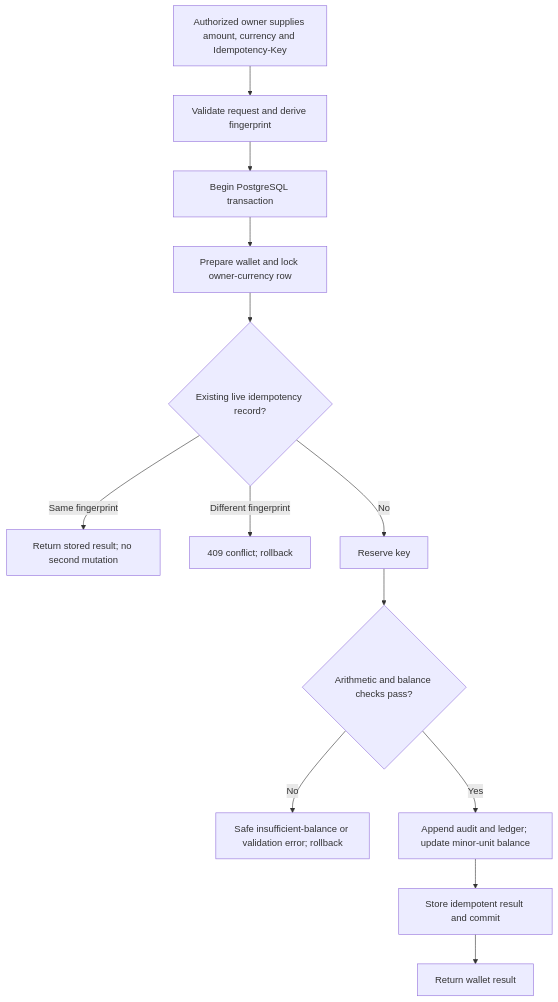
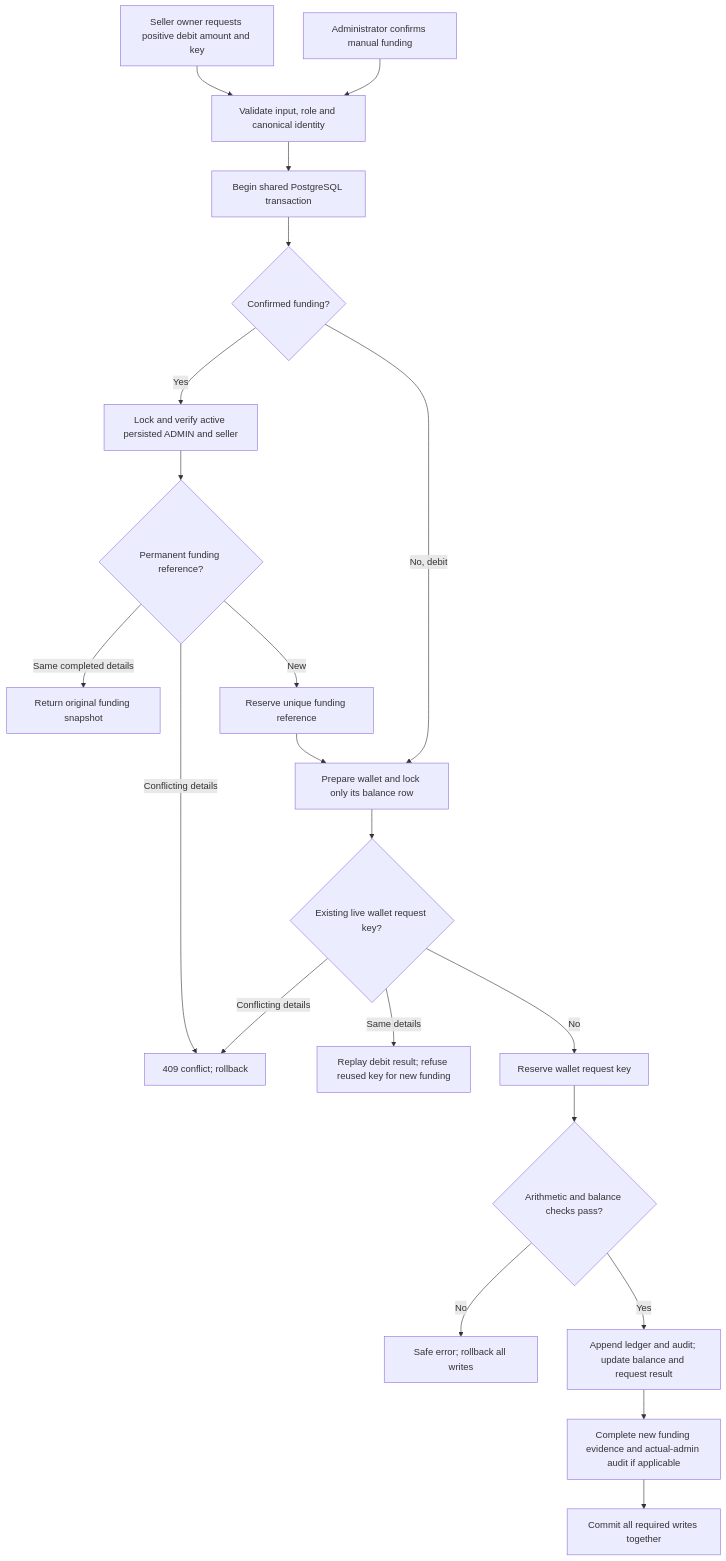
One commit to younessFathi/auto-parto changed diagram 11 of 32 in docs/technical-workflows.md. Above: the diagram before and after it, drawn with Mermaid. The commit also changed other lines of this file and 29 other files, not shown here.

Commit message:
fix(ap-0050): require confirmed administrator wallet funding

````diff
--- a/docs/technical-workflows.md
+++ b/docs/technical-workflows.md
@@ -300,15 +300,23 @@
 ```mermaid
 flowchart TD
-    REQUEST["Authorized owner supplies amount, currency and Idempotency-Key"] --> VALIDATE["Validate request and derive fingerprint"]
-    VALIDATE --> TX["Begin PostgreSQL transaction"]
-    TX --> LOCK["Prepare wallet and lock owner-currency row"]
-    LOCK --> KEY{"Existing live idempotency record?"}
-    KEY -->|Same fingerprint| REPLAY["Return stored result; no second mutation"]
-    KEY -->|Different fingerprint| CONFLICT["409 conflict; rollback"]
-    KEY -->|No| RESERVE["Reserve key"]
+    REQUEST["Seller owner requests positive debit amount and key"] --> VALIDATE["Validate input, role and canonical identity"]
+    ADMIN["Administrator confirms manual funding"] --> VALIDATE
+    VALIDATE --> TX["Begin shared PostgreSQL transaction"]
+    TX --> KIND{"Confirmed funding?"}
+    KIND -->|Yes| IDENTITIES["Lock and verify active persisted ADMIN and seller"]
+    IDENTITIES --> REFERENCE{"Permanent funding reference?"}
+    REFERENCE -->|Same completed details| FUNDREPLAY["Return original funding snapshot"]
+    REFERENCE -->|Conflicting details| CONFLICT["409 conflict; rollback"]
+    REFERENCE -->|New| EVIDENCE["Reserve unique funding reference"]
+    EVIDENCE --> LOCK["Prepare wallet and lock only its balance row"]
+    KIND -->|No, debit| LOCK
+    LOCK --> KEY{"Existing live wallet request key?"}
+    KEY -->|Conflicting details| CONFLICT
+    KEY -->|Same details| REPLAY["Replay debit result; refuse reused key for new funding"]
+    KEY -->|No| RESERVE["Reserve wallet request key"]
     RESERVE --> FUNDS{"Arithmetic and balance checks pass?"}
-    FUNDS -->|No| FAIL["Safe insufficient-balance or validation error; rollback"]
-    FUNDS -->|Yes| APPLY["Append audit and ledger; update minor-unit balance"]
-    APPLY --> RESULT["Store idempotent result and commit"]
-    RESULT --> DTO["Return wallet result"]
+    FUNDS -->|No| FAIL["Safe error; rollback all writes"]
+    FUNDS -->|Yes| APPLY["Append ledger and audit; update balance and request result"]
+    APPLY --> RESULT["Complete new funding evidence and actual-admin audit if applicable"]
+    RESULT --> COMMIT["Commit all required writes together"]
 ```
````
